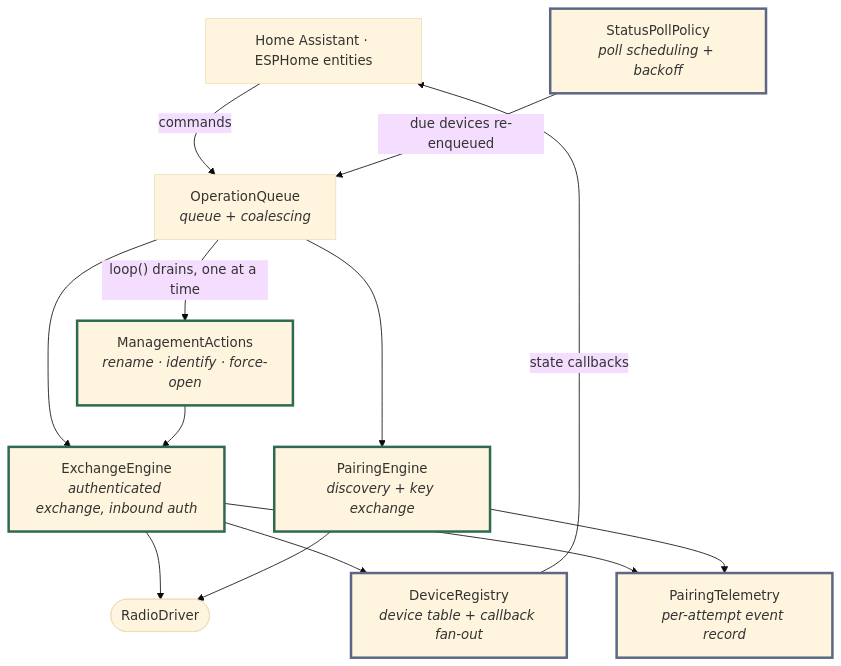
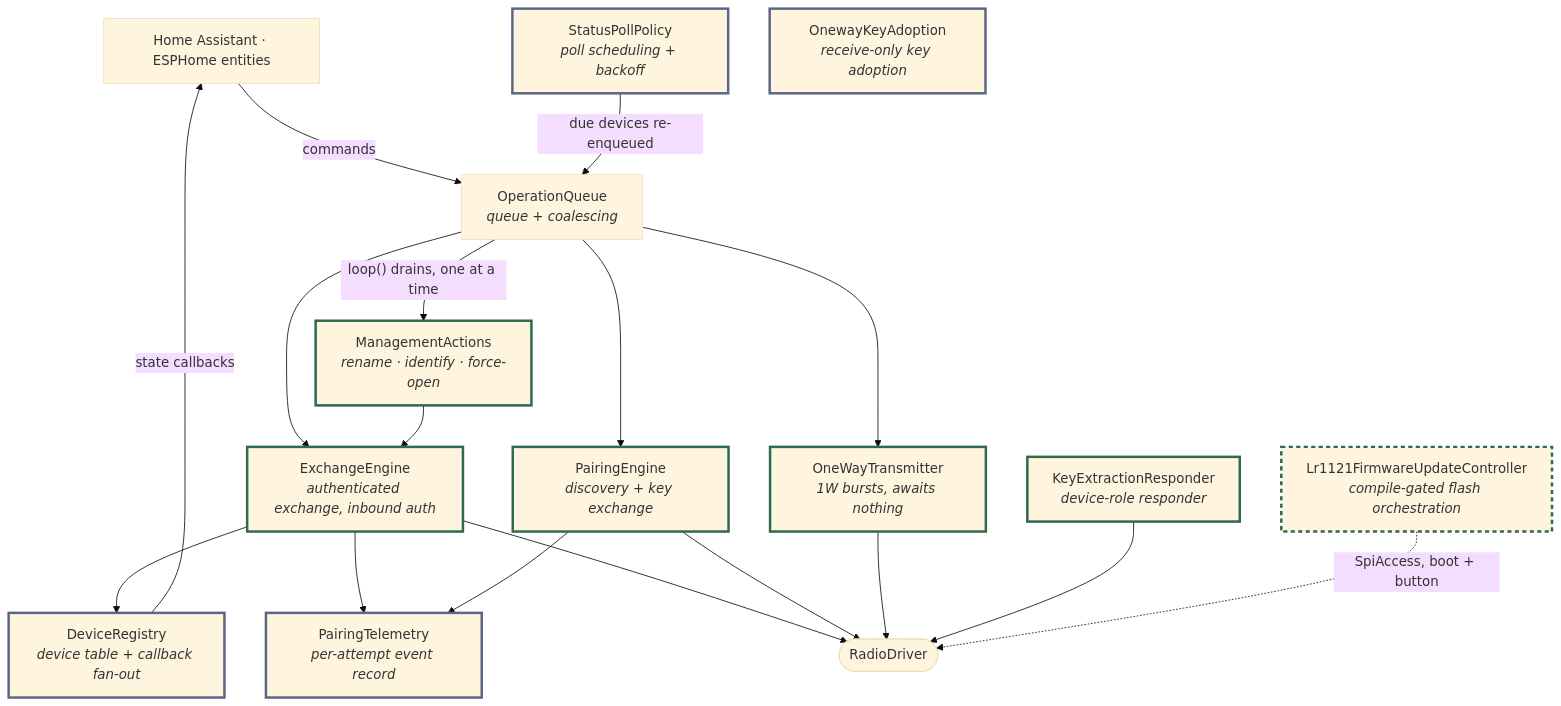
Before and after one commit to laberning/home_io_control: the diagram in docs/adr/0004-hub-collaborator-decomposition.md, drawn with Mermaid (base theme). The commit also changed other lines of this file and 35 other files, not shown here.

````diff
--- a/docs/adr/0004-hub-collaborator-decomposition.md
+++ b/docs/adr/0004-hub-collaborator-decomposition.md
@@ -20,30 +20,40 @@
 ```mermaid
 flowchart TB
     HA["Home Assistant · ESPHome entities"]
     OQ["OperationQueue<br/><i>queue + coalescing</i>"]
     MA["ManagementActions<br/><i>rename · identify · force-open</i>"]
     EE["ExchangeEngine<br/><i>authenticated exchange, inbound auth</i>"]
     PE["PairingEngine<br/><i>discovery + key exchange</i>"]
+    OT["OneWayTransmitter<br/><i>1W bursts, awaits nothing</i>"]
+    KX["KeyExtractionResponder<br/><i>device-role responder</i>"]
     R(["RadioDriver"])
     DR["DeviceRegistry<br/><i>device table + callback fan-out</i>"]
     SP["StatusPollPolicy<br/><i>poll scheduling + backoff</i>"]
     PT["PairingTelemetry<br/><i>per-attempt event record</i>"]
+    KA["OnewayKeyAdoption<br/><i>receive-only key adoption</i>"]
+    FU["Lr1121FirmwareUpdateController<br/><i>compile-gated flash orchestration</i>"]
 
     HA -->|commands| OQ
     OQ -->|"loop() drains, one at a time"| MA
     OQ --> EE
     OQ --> PE
+    OQ --> OT
     MA --> EE
     EE --> R
     PE --> R
+    OT --> R
+    KX --> R
+    FU -.->|SpiAccess, boot + button| R
     EE --> DR
     EE --> PT
     PE --> PT
     DR -->|state callbacks| HA
     SP -->|"due devices re-enqueued"| OQ
 
     classDef radio stroke:#2d6a4f,stroke-width:3px
     classDef state stroke:#5c6785,stroke-width:3px
-    class MA,EE,PE radio
-    class DR,SP,PT state
+    classDef gated stroke:#2d6a4f,stroke-width:3px,stroke-dasharray:5 4
+    class MA,EE,PE,OT,KX radio
+    class DR,SP,PT,KA state
+    class FU gated
 ```
````
